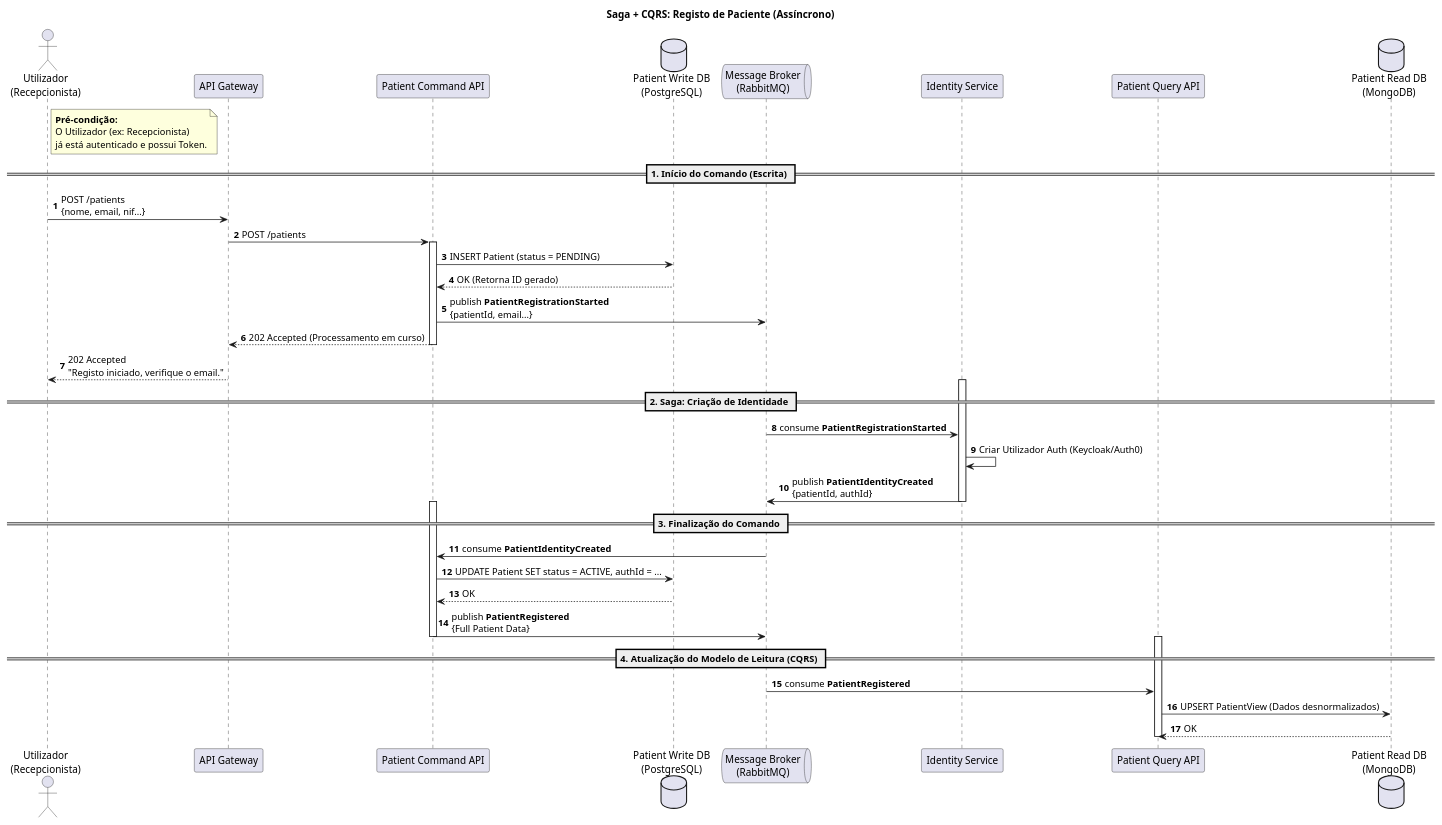
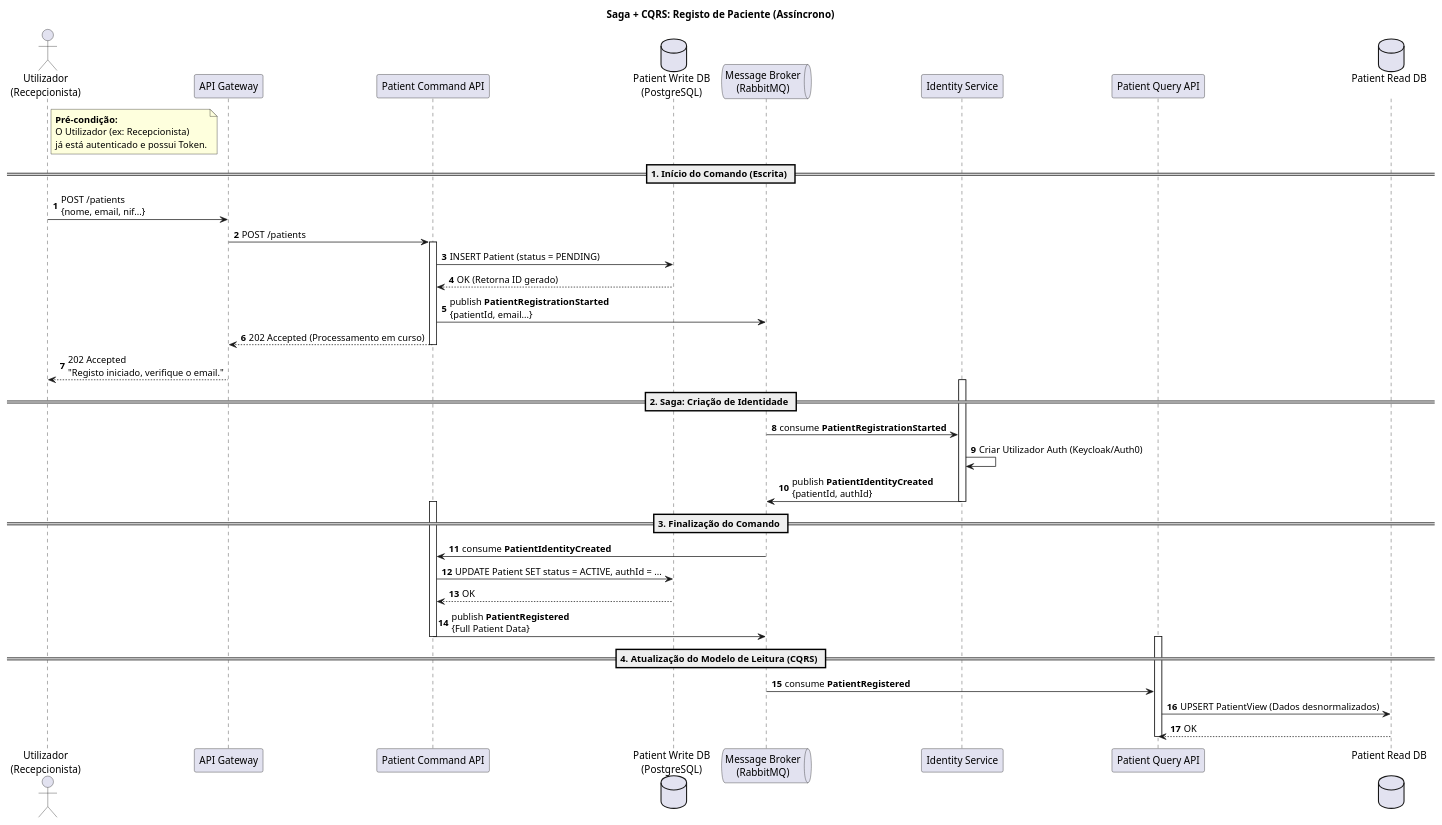
The diagram in docs/2_entrega/Sequence Diagram/Diagrama de Sequencia - Registar Paciente.puml (Parafita123/LETI_SIDIS_3DA_2), drawn with PlantUML before and after one commit. The commit also changed 1 other file, not shown here.

```diff
--- a/docs/2_entrega/Sequence Diagram/Diagrama de Sequencia - Registar Paciente.puml
+++ b/docs/2_entrega/Sequence Diagram/Diagrama de Sequencia - Registar Paciente.puml
@@ -1,64 +1,64 @@
 @startuml
 title Saga + CQRS: Registo de Paciente (Assíncrono)
 
 actor "Utilizador\n(Recepcionista)" as User
 participant "API Gateway" as Gateway
 participant "Patient Command API" as PatCmd
 database "Patient Write DB\n(PostgreSQL)" as WDB
 queue "Message Broker\n(RabbitMQ)" as Broker
 participant "Identity Service" as IdentitySvc
 participant "Patient Query API" as PatQuery
-database "Patient Read DB\n(MongoDB)" as RDB
+database "Patient Read DB\n" as RDB
 
 autonumber
 
 note right of User
   **Pré-condição:**
   O Utilizador (ex: Recepcionista)
   já está autenticado e possui Token.
 end note
 
 == 1. Início do Comando (Escrita) ==
 
 User -> Gateway : POST /patients\n{nome, email, nif...}
 Gateway -> PatCmd : POST /patients
 
 activate PatCmd
 
     PatCmd -> WDB : INSERT Patient (status = PENDING)
     WDB --> PatCmd : OK (Retorna ID gerado)
 
     PatCmd -> Broker : publish **PatientRegistrationStarted**\n{patientId, email...}
 
     PatCmd --> Gateway : 202 Accepted (Processamento em curso)
 deactivate PatCmd
 
 Gateway --> User : 202 Accepted\n"Registo iniciado, verifique o email."
 
 == 2. Saga: Criação de Identidade ==
 
 activate IdentitySvc
     Broker -> IdentitySvc : consume **PatientRegistrationStarted**
     IdentitySvc -> IdentitySvc : Criar Utilizador Auth (Keycloak/Auth0)
     IdentitySvc -> Broker : publish **PatientIdentityCreated**\n{patientId, authId}
 deactivate IdentitySvc
 
 == 3. Finalização do Comando ==
 
 activate PatCmd
     Broker -> PatCmd : consume **PatientIdentityCreated**
     PatCmd -> WDB : UPDATE Patient SET status = ACTIVE, authId = ...
     WDB --> PatCmd : OK
 
     PatCmd -> Broker : publish **PatientRegistered**\n{Full Patient Data}
 deactivate PatCmd
 
 == 4. Atualização do Modelo de Leitura (CQRS) ==
 
 activate PatQuery
     Broker -> PatQuery : consume **PatientRegistered**
     PatQuery -> RDB : UPSERT PatientView (Dados desnormalizados)
     RDB --> PatQuery : OK
 deactivate PatQuery
 
 @enduml
```
